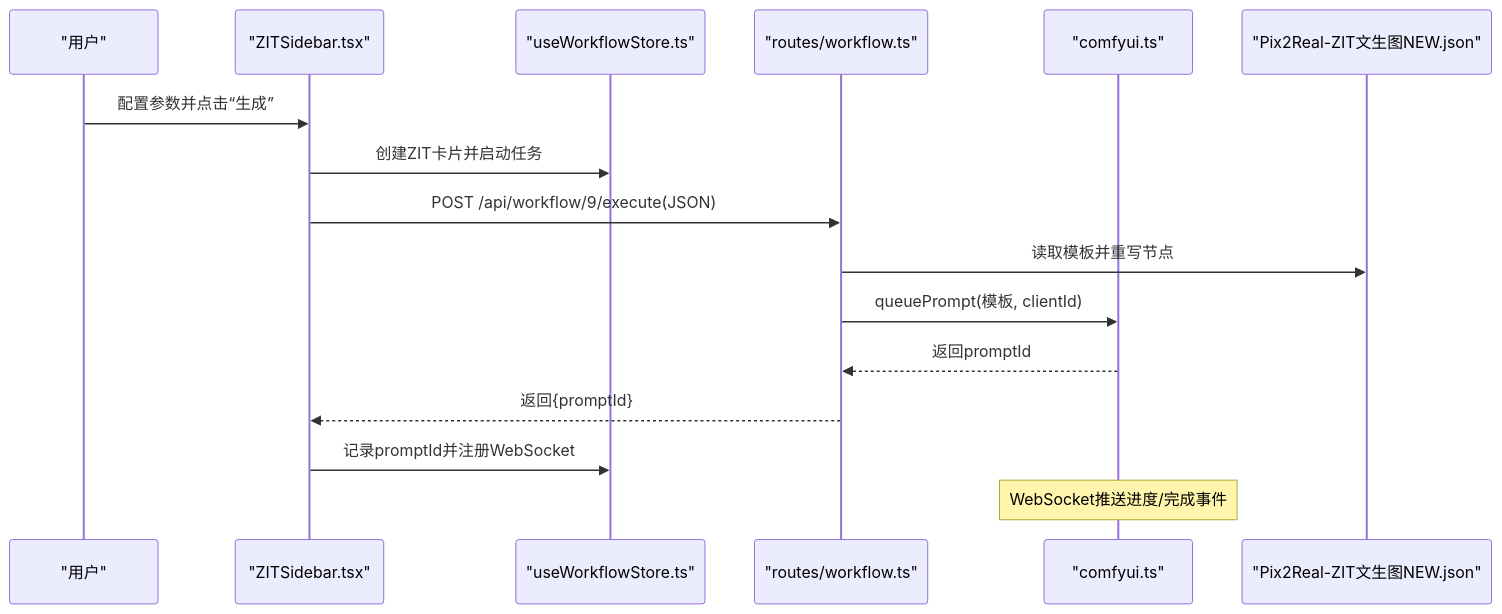
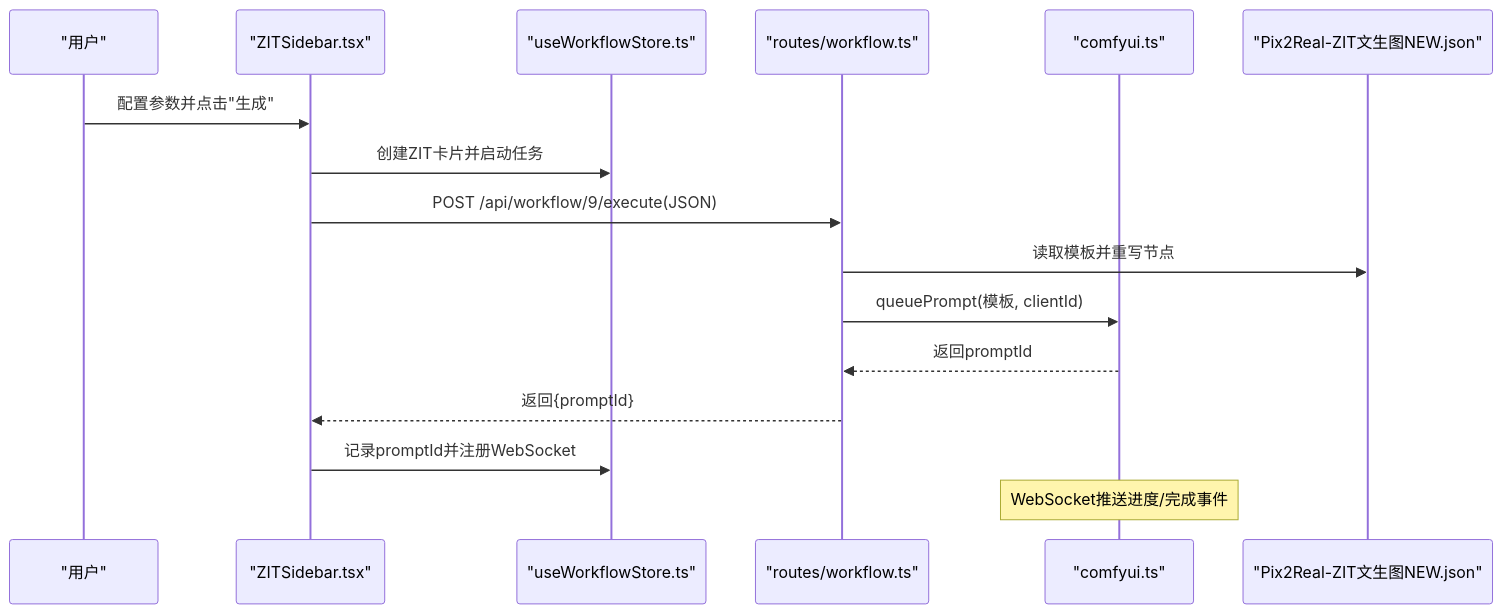
One commit to billye220670/CorineKit_Pix2Real changed the second of 8 diagrams in .qoder/repowiki/zh/content/专业功能/ZIT 快出.md. Above: the diagram before and after it, drawn with Mermaid. The commit also changed other lines of this file and 49 other files, not shown here.

````diff
--- a/.qoder/repowiki/zh/content/专业功能/ZIT 快出.md
+++ b/.qoder/repowiki/zh/content/专业功能/ZIT 快出.md
@@ -100,18 +121,18 @@
 ```mermaid
 sequenceDiagram
 participant U as "用户"
 participant UI as "ZITSidebar.tsx"
 participant Store as "useWorkflowStore.ts"
 participant Route as "routes/workflow.ts"
 participant Cfg as "comfyui.ts"
 participant Tpl as "Pix2Real-ZIT文生图NEW.json"
-U->>UI : 配置参数并点击“生成”
+U->>UI : 配置参数并点击"生成"
 UI->>Store : 创建ZIT卡片并启动任务
 UI->>Route : POST /api/workflow/9/execute(JSON)
 Route->>Tpl : 读取模板并重写节点
 Route->>Cfg : queuePrompt(模板, clientId)
 Cfg-->>Route : 返回promptId
 Route-->>UI : 返回{promptId}
 UI->>Store : 记录promptId并注册WebSocket
 Note over Cfg : WebSocket推送进度/完成事件
 ```
````
